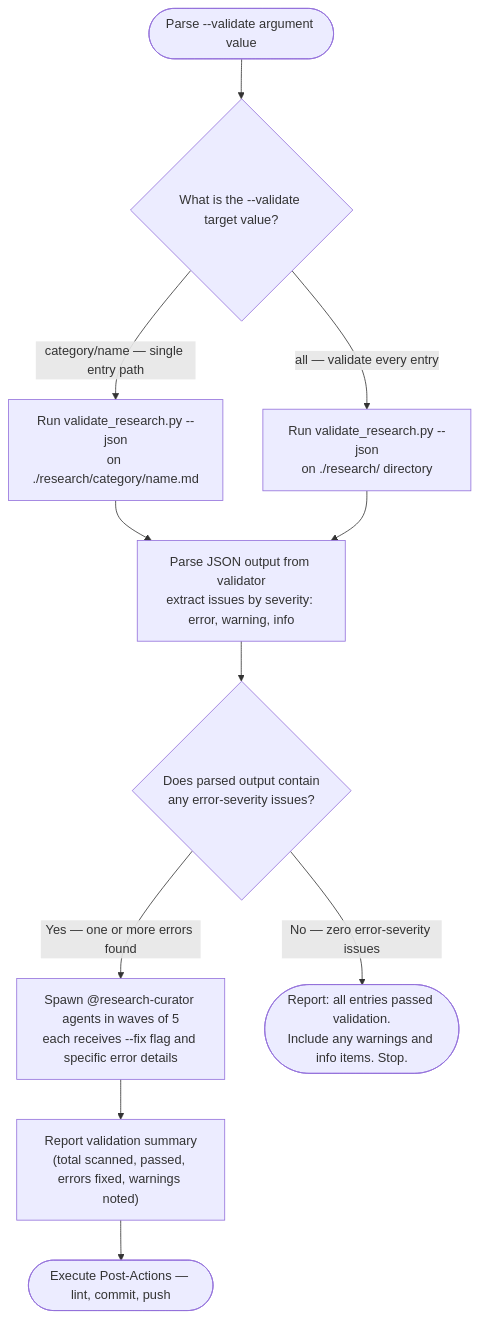
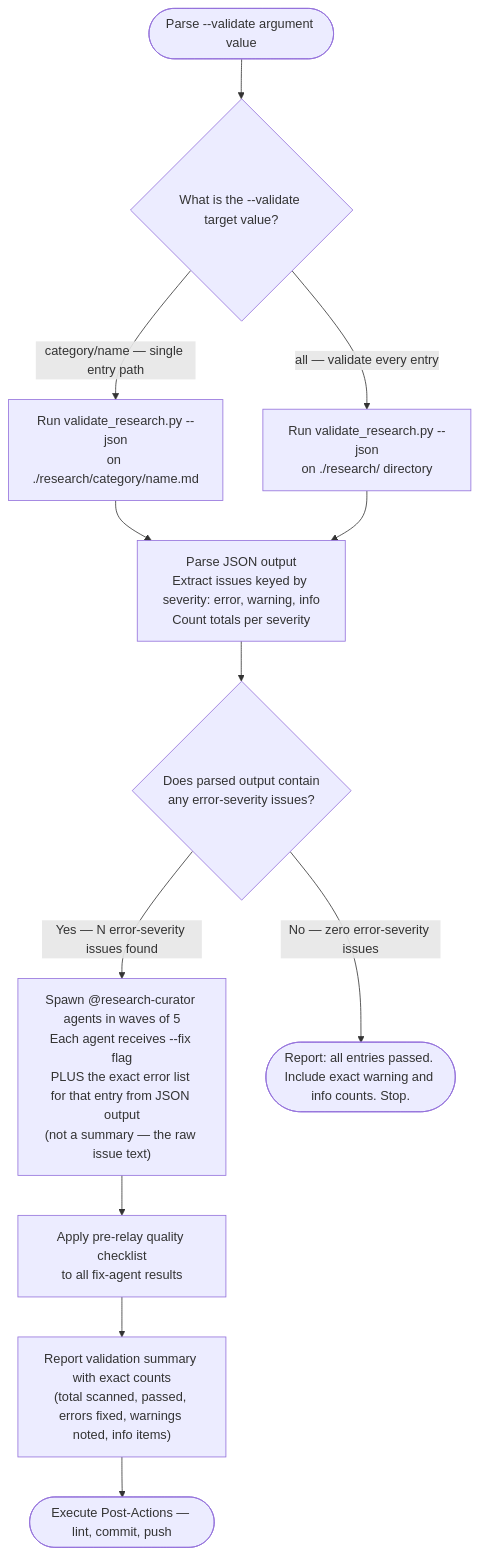
Before and after one commit to chgreer1070/claude_skills: the fourth of 4 diagrams in .claude/skills/research-curator/SKILL.md, drawn with Mermaid. The commit also changed other lines of this file, not shown here.

First line of the commit message:
feat(skills): integrate relay rules and validate precision into research-curator skill

````diff
--- a/.claude/skills/research-curator/SKILL.md
+++ b/.claude/skills/research-curator/SKILL.md
@@ -216,13 +272,14 @@
 ```mermaid
 flowchart TD
     Start(["Parse --validate argument value"]) --> Q{"What is the --validate target value?"}
     Q -->|"category/name — single entry path"| RunScript["Run validate_research.py --json<br>on ./research/category/name.md"]
     Q -->|"all — validate every entry"| RunScriptAll["Run validate_research.py --json<br>on ./research/ directory"]
-    RunScript --> ParseJSON["Parse JSON output from validator<br>extract issues by severity: error, warning, info"]
+    RunScript --> ParseJSON["Parse JSON output<br>Extract issues keyed by severity: error, warning, info<br>Count totals per severity"]
     RunScriptAll --> ParseJSON
     ParseJSON --> HasErrors{"Does parsed output contain<br>any error-severity issues?"}
-    HasErrors -->|"Yes — one or more errors found"| SpawnFix["Spawn @research-curator agents in waves of 5<br>each receives --fix flag and specific error details"]
-    HasErrors -->|"No — zero error-severity issues"| ReportClean(["Report: all entries passed validation.<br>Include any warnings and info items. Stop."])
-    SpawnFix --> ReportSummary["Report validation summary<br>(total scanned, passed, errors fixed, warnings noted)"]
+    HasErrors -->|"Yes — N error-severity issues found"| SpawnFix["Spawn @research-curator agents in waves of 5<br>Each agent receives --fix flag<br>PLUS the exact error list for that entry from JSON output<br>(not a summary — the raw issue text)"]
+    HasErrors -->|"No — zero error-severity issues"| ReportClean(["Report: all entries passed. Include exact warning and info counts. Stop."])
+    SpawnFix --> RelayCheck["Apply pre-relay quality checklist<br>to all fix-agent results"]
+    RelayCheck --> ReportSummary["Report validation summary with exact counts<br>(total scanned, passed, errors fixed, warnings noted, info items)"]
     ReportSummary --> PostActions(["Execute Post-Actions — lint, commit, push"])
 ```
````
